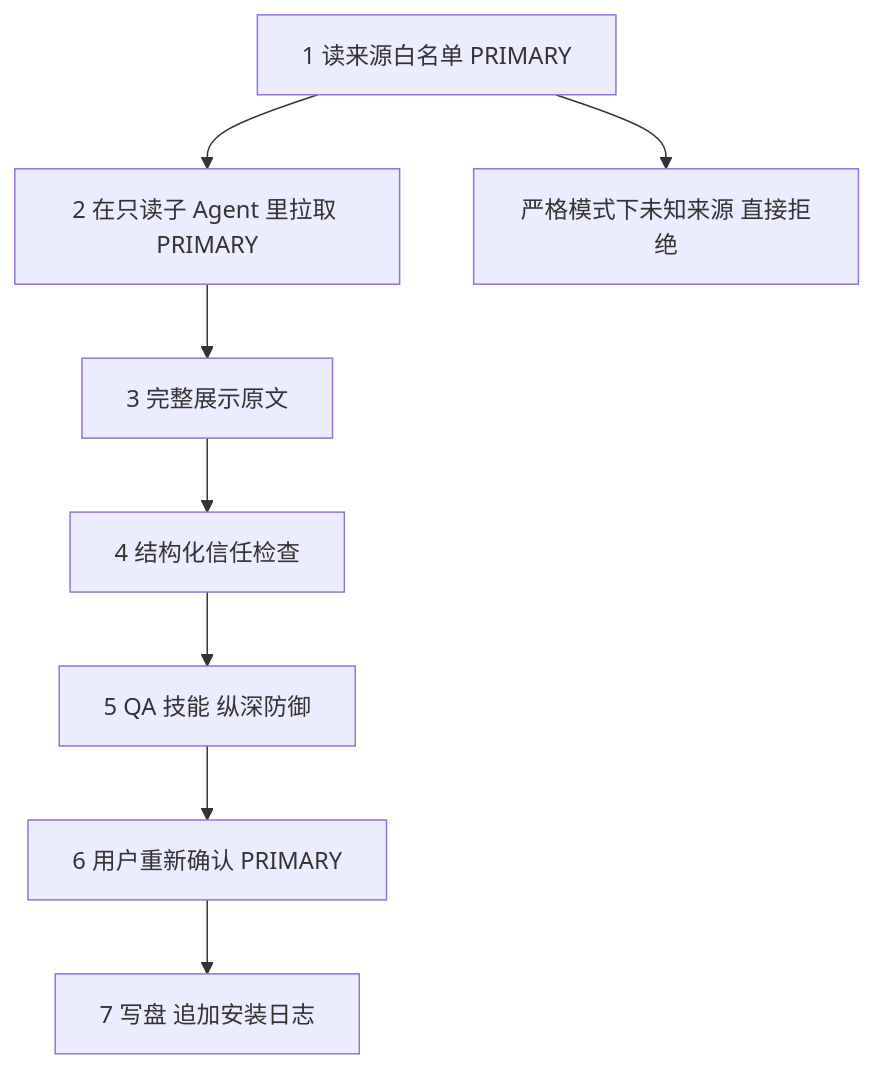
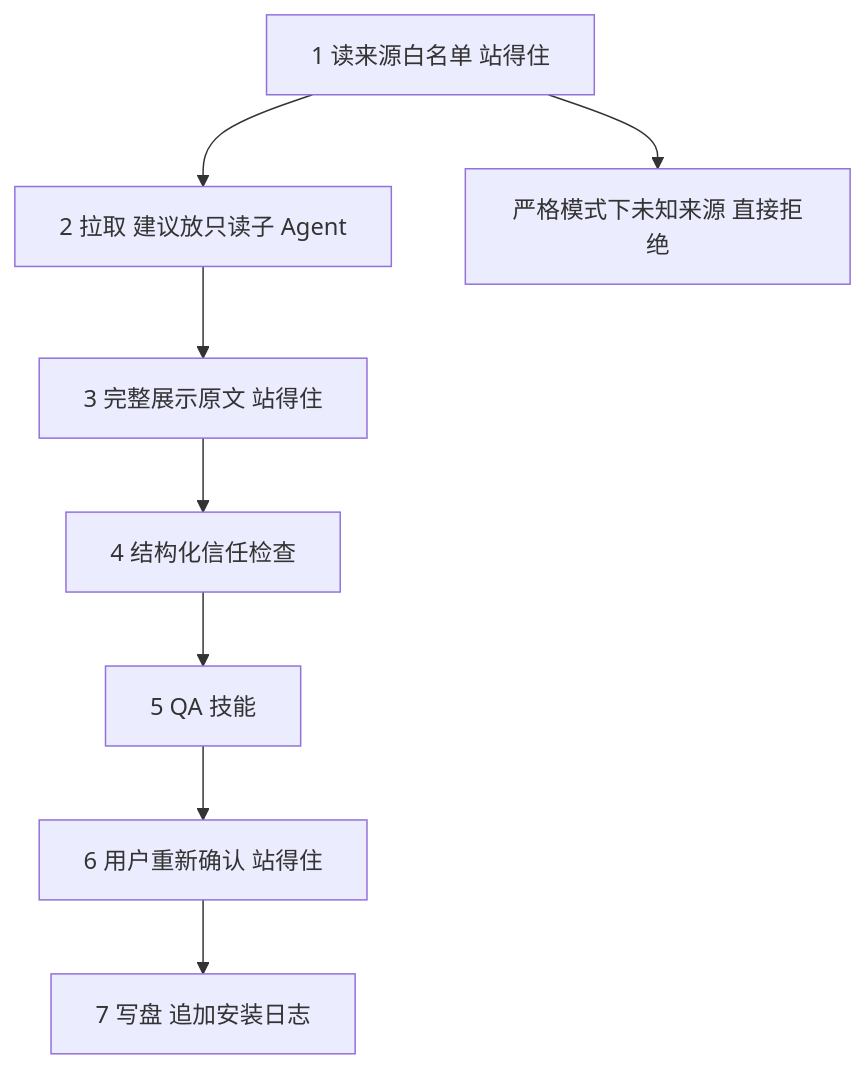
One commit to diguike/book-source-reading changed the seventh of 7 diagrams in book/08-claude-for-legal.md. Above: the diagram before and after it, drawn with Mermaid. The commit also changed other lines of this file and 27 other files, not shown here.

````diff
--- a/book/08-claude-for-legal.md
+++ b/book/08-claude-for-legal.md
@@ -825,10 +839,10 @@
 ```mermaid
 flowchart TB
-    A[1 读来源白名单 PRIMARY] --> B[2 在只读子 Agent 里拉取 PRIMARY]
-    B --> C[3 完整展示原文]
+    A[1 读来源白名单 站得住] --> B[2 拉取 建议放只读子 Agent]
+    B --> C[3 完整展示原文 站得住]
     C --> D[4 结构化信任检查]
-    D --> E[5 QA 技能 纵深防御]
-    E --> F[6 用户重新确认 PRIMARY]
+    D --> E[5 QA 技能]
+    E --> F[6 用户重新确认 站得住]
     F --> G[7 写盘 追加安装日志]
     A --> X[严格模式下未知来源 直接拒绝]
 ```
````
